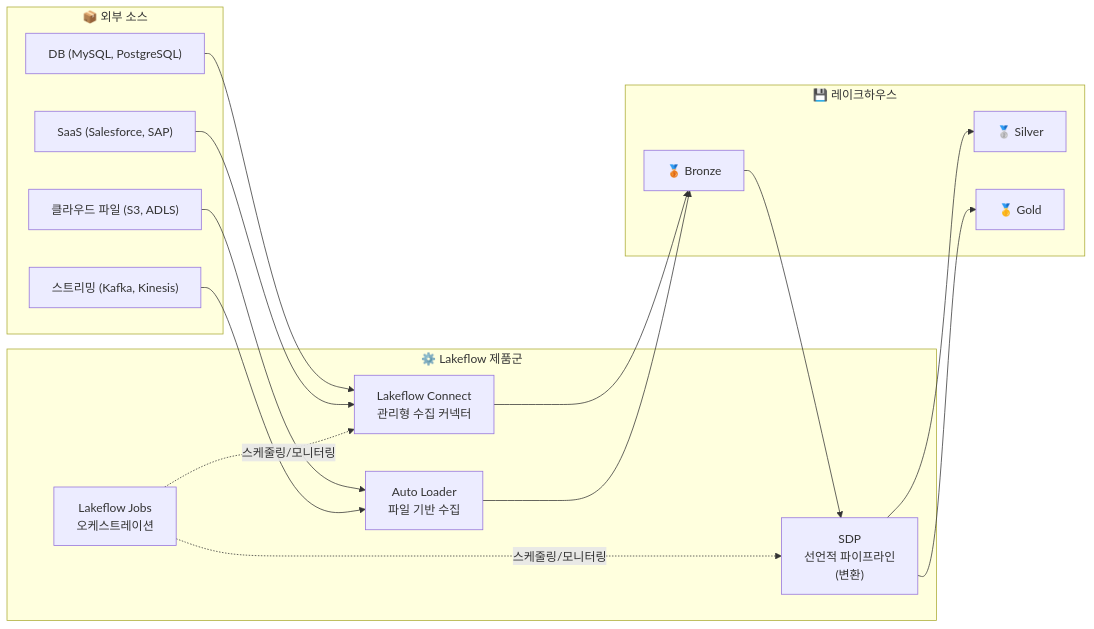
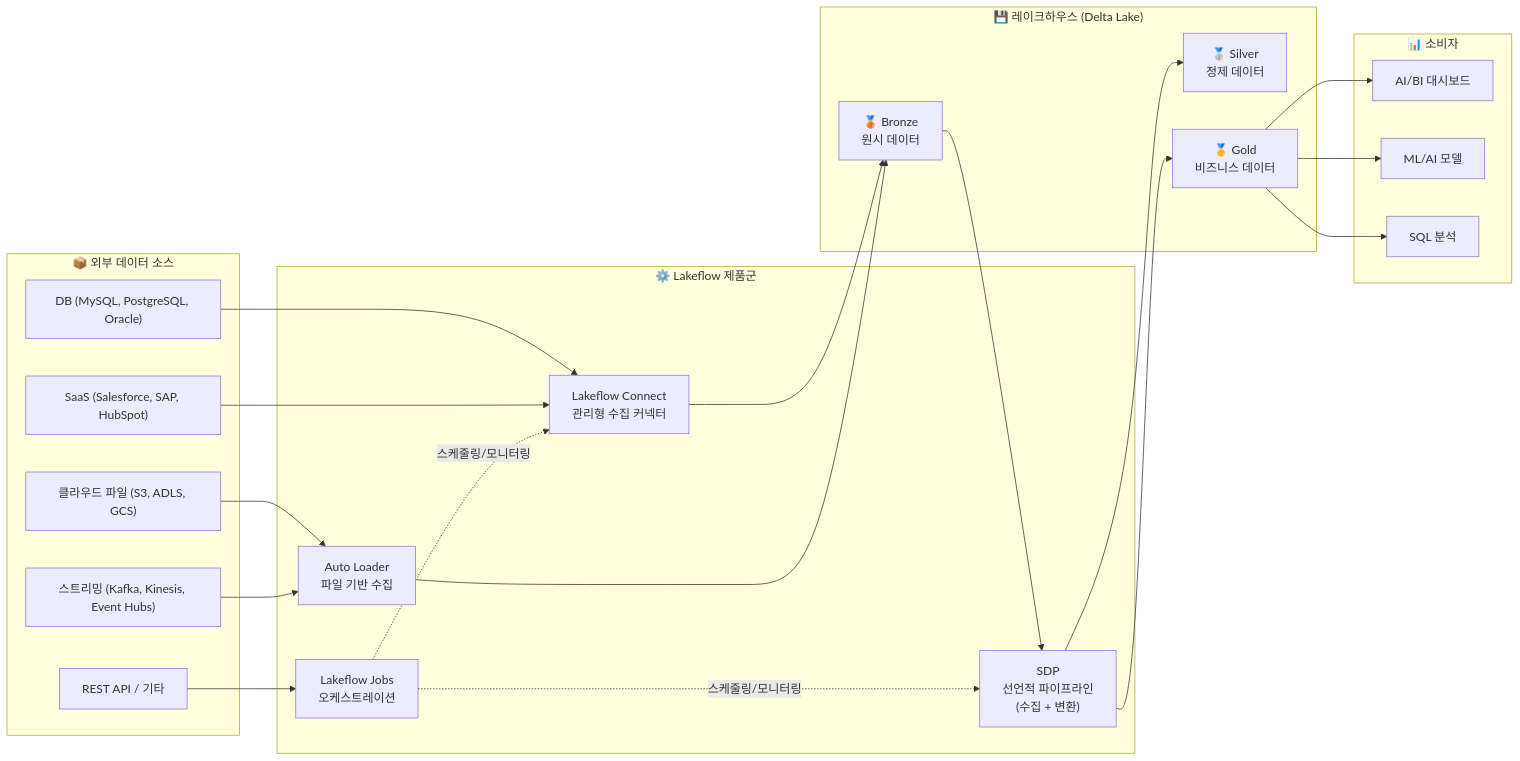
Before and after one commit to SimyungYang/simyung-dbx-training: the first of 3 diagrams in 05-data-engineering/data-engineering-overview.md, drawn with Mermaid. The commit also changed other lines of this file and 37 other files, not shown here.

````diff
--- a/05-data-engineering/data-engineering-overview.md
+++ b/05-data-engineering/data-engineering-overview.md
@@ -7,35 +23,47 @@
 ```mermaid
 graph LR
-    subgraph Sources["📦 외부 소스"]
-        S1["DB (MySQL, PostgreSQL)"]
-        S2["SaaS (Salesforce, SAP)"]
-        S3["클라우드 파일 (S3, ADLS)"]
-        S4["스트리밍 (Kafka, Kinesis)"]
+    subgraph Sources["📦 외부 데이터 소스"]
+        S1["DB (MySQL, PostgreSQL, Oracle)"]
+        S2["SaaS (Salesforce, SAP, HubSpot)"]
+        S3["클라우드 파일 (S3, ADLS, GCS)"]
+        S4["스트리밍 (Kafka, Kinesis, Event Hubs)"]
+        S5["REST API / 기타"]
     end
 
     subgraph Lakeflow["⚙️ Lakeflow 제품군"]
         LC["Lakeflow Connect<br/>관리형 수집 커넥터"]
         AL["Auto Loader<br/>파일 기반 수집"]
-        SDP["SDP<br/>선언적 파이프라인<br/>(변환)"]
+        SDP["SDP<br/>선언적 파이프라인<br/>(수집 + 변환)"]
         LJ["Lakeflow Jobs<br/>오케스트레이션"]
     end
 
-    subgraph Lake["💾 레이크하우스"]
-        B["🥉 Bronze"]
-        Si["🥈 Silver"]
-        G["🥇 Gold"]
+    subgraph Lake["💾 레이크하우스 (Delta Lake)"]
+        B["🥉 Bronze<br/>원시 데이터"]
+        Si["🥈 Silver<br/>정제 데이터"]
+        G["🥇 Gold<br/>비즈니스 데이터"]
+    end
+
+    subgraph Consumers["📊 소비자"]
+        BI["AI/BI 대시보드"]
+        ML["ML/AI 모델"]
+        SQL["SQL 분석"]
     end
 
     S1 --> LC
     S2 --> LC
     S3 --> AL
     S4 --> AL
+    S5 --> LJ
 
     LC --> B
     AL --> B
     B --> SDP
     SDP --> Si
     SDP --> G
     LJ -.->|"스케줄링/모니터링"| LC
     LJ -.->|"스케줄링/모니터링"| SDP
+
+    G --> BI
+    G --> ML
+    G --> SQL
 ```
````
